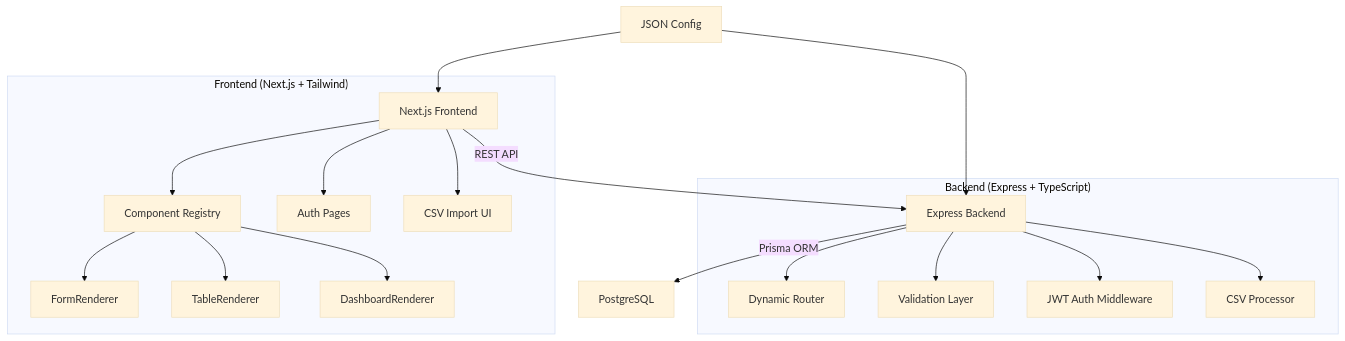
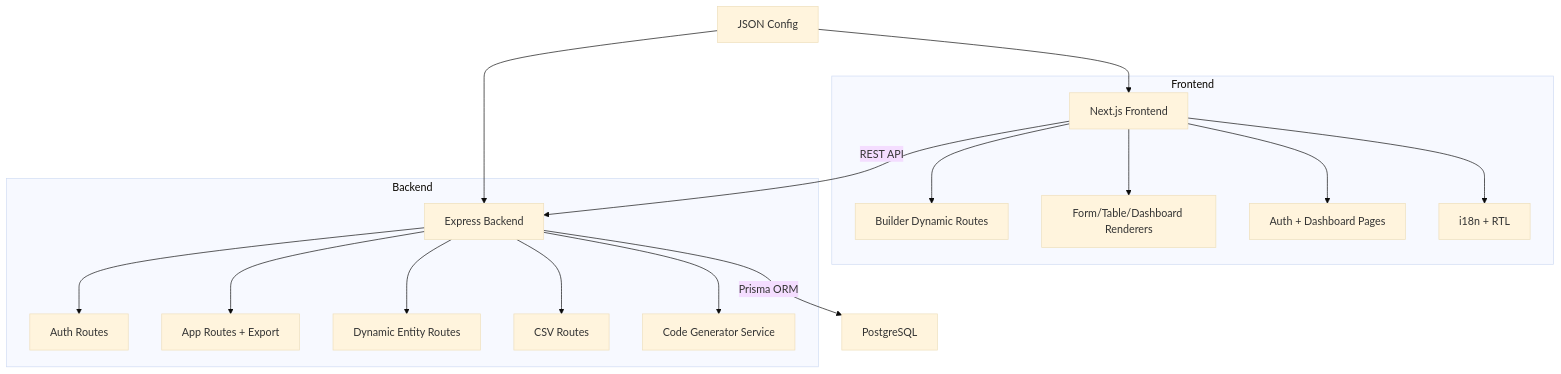
The diagram in implementation_plan.md (MohitGaur17/ConfigFlow), drawn with Mermaid (base theme) before and after one commit. The commit also changed other lines of this file and 4 other files, not shown here.

Commit message:
feat: enhance CI workflow with Node.js setup, build steps for server and client, and TypeScript checks

````diff
--- a/implementation_plan.md
+++ b/implementation_plan.md
@@ -10,23 +30,22 @@
 ```mermaid
 graph TB
-    Config["JSON Config"] --> FE["Next.js Frontend"]
-    Config --> BE["Express Backend"]
+    Config[JSON Config] --> FE[Next.js Frontend]
+    Config --> BE[Express Backend]
     FE -->|REST API| BE
-    BE -->|Prisma ORM| DB["PostgreSQL"]
-    
-    subgraph "Frontend (Next.js + Tailwind)"
-        FE --> CR["Component Registry"]
-        CR --> FR["FormRenderer"]
-        CR --> TR["TableRenderer"]
-        CR --> DR["DashboardRenderer"]
-        FE --> AuthUI["Auth Pages"]
-        FE --> CSV["CSV Import UI"]
+    BE -->|Prisma ORM| DB[PostgreSQL]
+
+    subgraph Frontend
+        FE --> Builder[Builder Dynamic Routes]
+        FE --> Renders[Form/Table/Dashboard Renderers]
+        FE --> AuthUI[Auth + Dashboard Pages]
+        FE --> I18n[i18n + RTL]
     end
-    
-    subgraph "Backend (Express + TypeScript)"
-        BE --> DynRouter["Dynamic Router"]
-        BE --> ValLayer["Validation Layer"]
-        BE --> AuthMW["JWT Auth Middleware"]
-        BE --> CSVProc["CSV Processor"]
+
+    subgraph Backend
+        BE --> Auth[Auth Routes]
+        BE --> Apps[App Routes + Export]
+        BE --> Entity[Dynamic Entity Routes]
+        BE --> CSV[CSV Routes]
+        BE --> Gen[Code Generator Service]
     end
 ```
````
